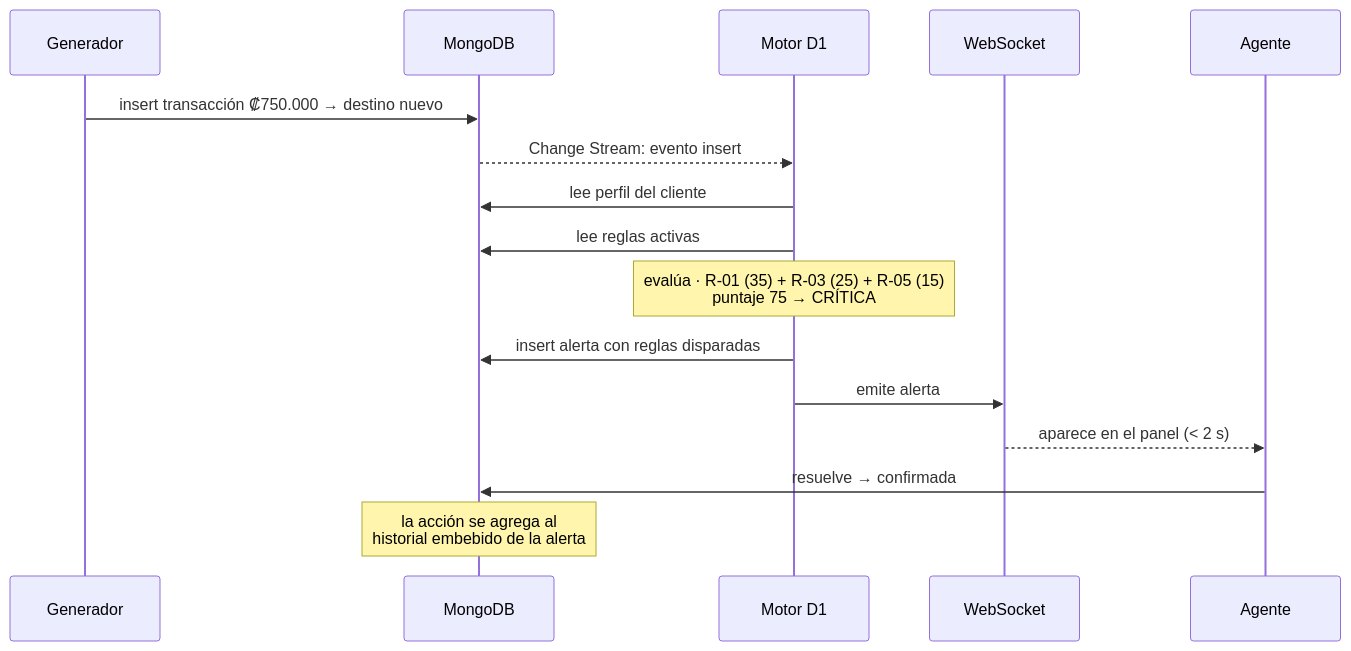
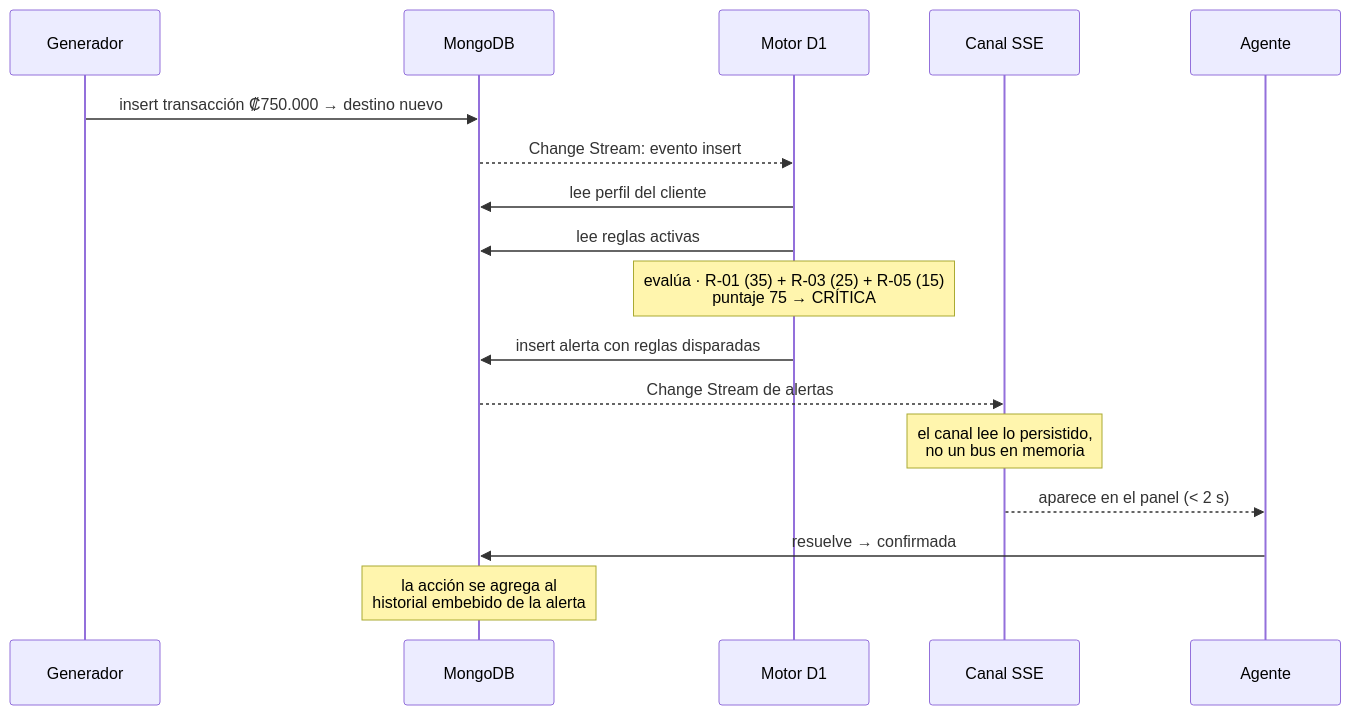
One commit to handelenriquezacuna/centinela changed the third of 11 diagrams in docs/04-arquitectura.md. Above: the diagram before and after it, drawn with Mermaid. The commit also changed other lines of this file and 49 other files, not shown here.

Commit message:
feat(plataforma): canal SSE, supervision de tareas, CI y segunda modalidad de arranque

````diff
--- a/docs/04-arquitectura.md
+++ b/docs/04-arquitectura.md
@@ -90,19 +90,20 @@
 ```mermaid
 sequenceDiagram
     participant G as Generador
     participant DB as MongoDB
     participant D1 as Motor D1
-    participant WS as WebSocket
+    participant WS as Canal SSE
     participant AG as Agente
 
     G->>DB: insert transacción ₡750.000 → destino nuevo
     DB-->>D1: Change Stream: evento insert
     D1->>DB: lee perfil del cliente
     D1->>DB: lee reglas activas
     Note over D1: evalúa · R-01 (35) + R-03 (25) + R-05 (15)<br/>puntaje 75 → CRÍTICA
     D1->>DB: insert alerta con reglas disparadas
-    D1->>WS: emite alerta
+    DB-->>WS: Change Stream de alertas
+    Note over WS: el canal lee lo persistido,<br/>no un bus en memoria
     WS-->>AG: aparece en el panel (< 2 s)
     AG->>DB: resuelve → confirmada
     Note over DB: la acción se agrega al<br/>historial embebido de la alerta
 ```
````
